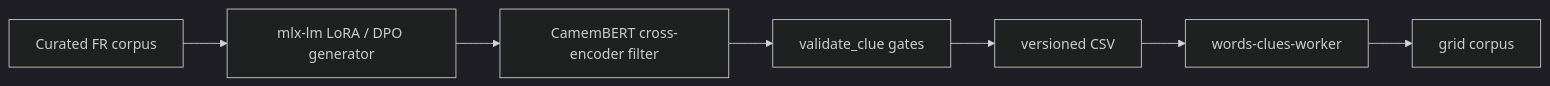
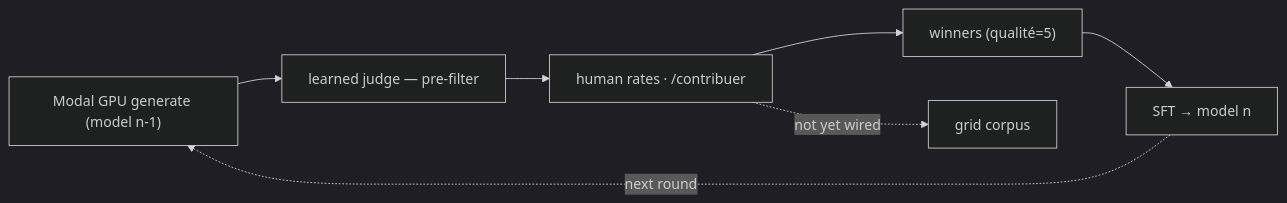
One commit to Ishou/wordsparrow changed the fifth of 5 diagrams in README.md. Above: the diagram before and after it, drawn with Mermaid (dark theme). The commit also changed other lines of this file and 4 other files, not shown here.

First line of the commit message:
feat(infra-diagrams): redraw clue pipeline as the modal round-based judge loop

````diff
--- a/README.md
+++ b/README.md
@@ -251,16 +251,15 @@
 ```mermaid
 flowchart LR
-  s0["Curated FR corpus"]
-  s1["mlx-lm LoRA / DPO generator"]
-  s2["CamemBERT cross-encoder filter"]
-  s3["validate_clue gates"]
-  s4["versioned CSV"]
-  s5["words-clues-worker"]
-  s6["grid corpus"]
-  s0 --> s1
-  s1 --> s2
-  s2 --> s3
-  s3 --> s4
-  s4 --> s5
-  s5 --> s6
+  gen["Modal GPU generate (model n-1)"]
+  judge["learned judge — pre-filter"]
+  human["human rates · /contribuer"]
+  winners["winners (qualité=5)"]
+  sft["SFT → model n"]
+  grid["grid corpus"]
+  gen --> judge
+  judge --> human
+  human --> winners
+  winners --> sft
+  sft -. next round .-> gen
+  human -. not yet wired .-> grid
 ```
````
